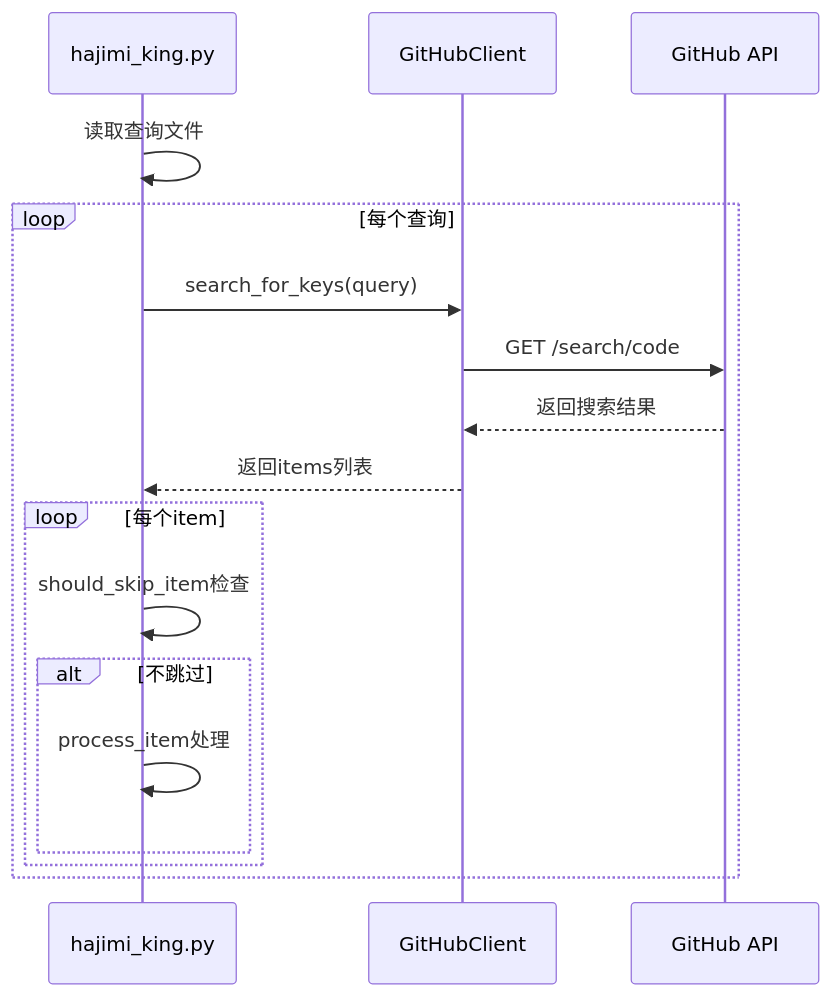
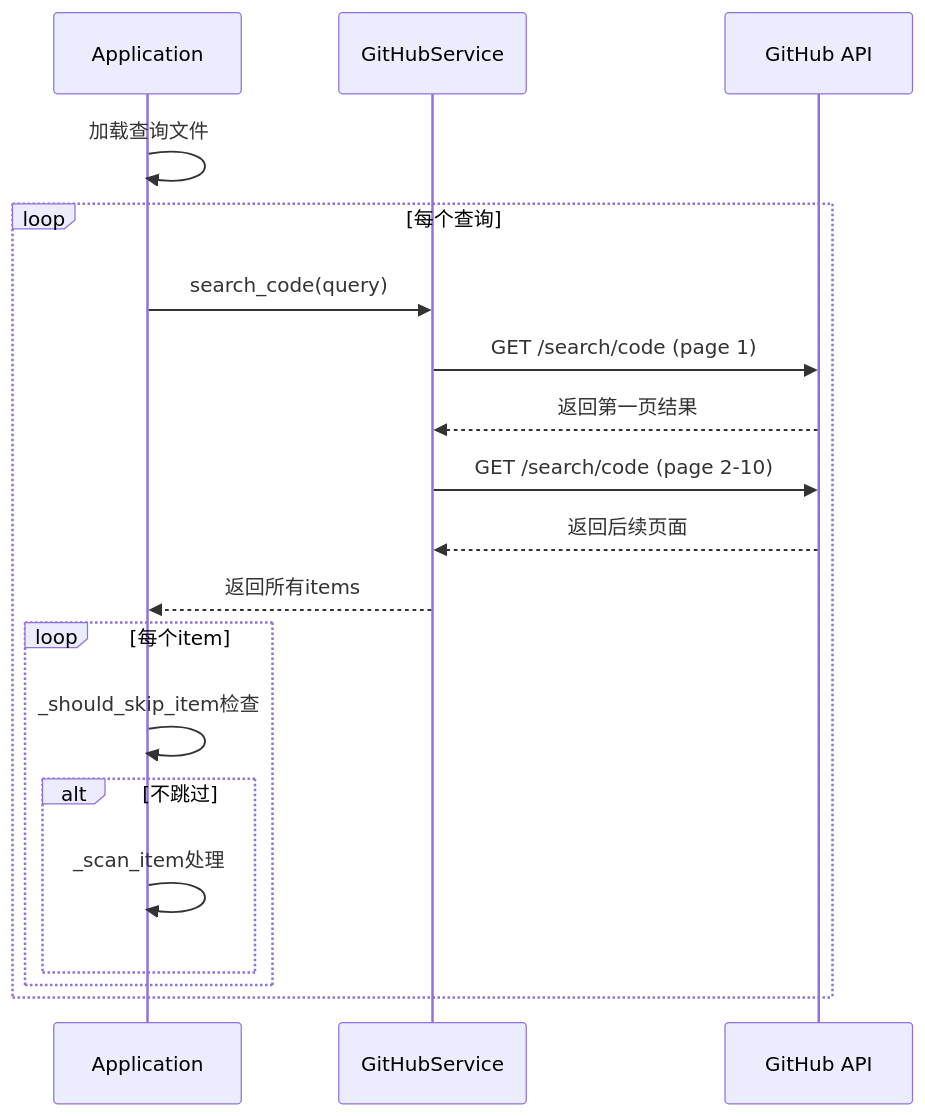
Before and after one commit to james-6-23/APIKEY-king: the sixth of 8 diagrams in .qoder/repowiki/zh/content/核心功能详解/核心功能详解.md, drawn with Mermaid. The commit also changed other lines of this file and 49 other files, not shown here.

````diff
--- a/.qoder/repowiki/zh/content/核心功能详解/核心功能详解.md
+++ b/.qoder/repowiki/zh/content/核心功能详解/核心功能详解.md
@@ -163,19 +184,21 @@
 ```mermaid
 sequenceDiagram
-participant 主程序 as hajimi_king.py
-participant GitHub客户端 as GitHubClient
+participant 主程序 as Application
+participant GitHub服务 as GitHubService
 participant GitHubAPI as GitHub API
-主程序->>主程序 : 读取查询文件
+主程序->>主程序 : 加载查询文件
 loop 每个查询
-主程序->>GitHub客户端 : search_for_keys(query)
-GitHub客户端->>GitHubAPI : GET /search/code
-GitHubAPI-->>GitHub客户端 : 返回搜索结果
-GitHub客户端-->>主程序 : 返回items列表
+主程序->>GitHub服务 : search_code(query)
+GitHub服务->>GitHubAPI : GET /search/code (page 1)
+GitHubAPI-->>GitHub服务 : 返回第一页结果
+GitHub服务->>GitHubAPI : GET /search/code (page 2-10)
+GitHubAPI-->>GitHub服务 : 返回后续页面
+GitHub服务-->>主程序 : 返回所有items
 loop 每个item
-主程序->>主程序 : should_skip_item检查
+主程序->>主程序 : _should_skip_item检查
 alt 不跳过
-主程序->>主程序 : process_item处理
+主程序->>主程序 : _scan_item处理
 end
 end
 end
 ```
````
